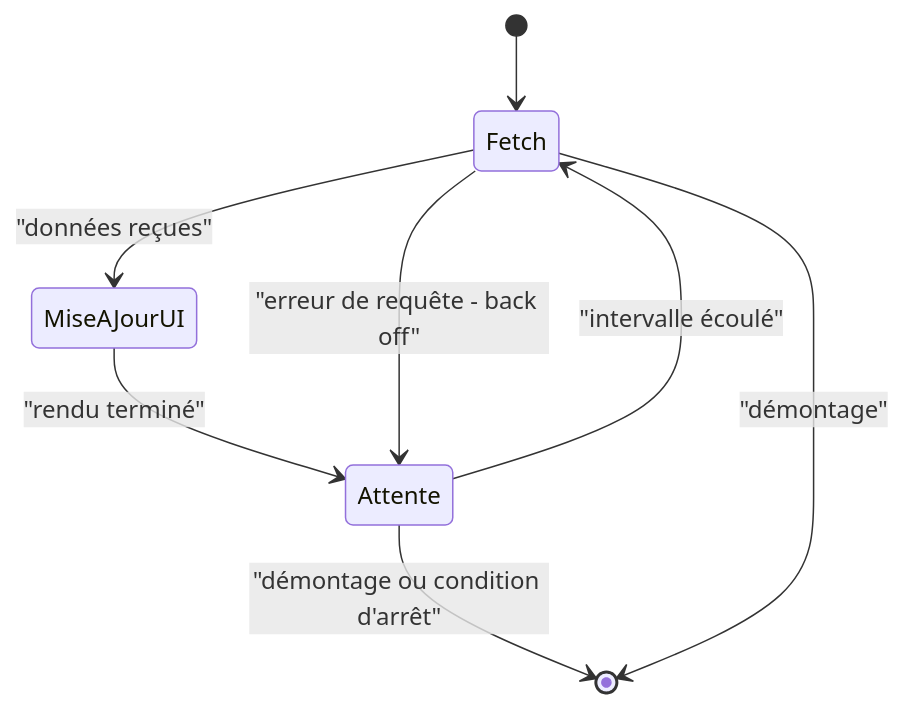
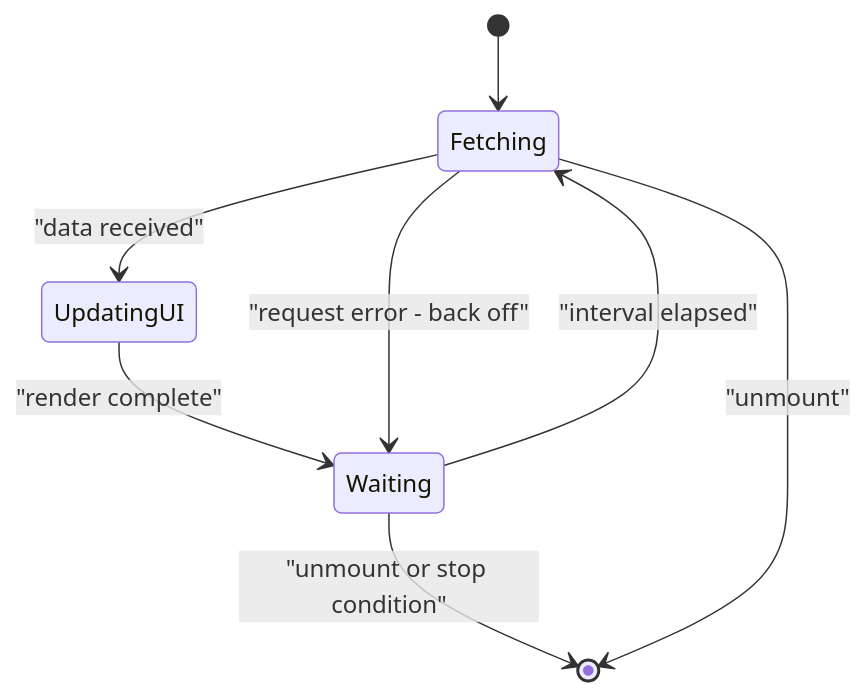
One commit to BabaScience/react-guides changed the fifth of 6 diagrams in arguments/chapters/fr/07-data-fetching.md. Above: the diagram before and after it, drawn with Mermaid. The commit also changed other lines of this file and 29 other files, not shown here.

First line of the commit message:
Bring React FR/IT translations to full English parity + theme-safe diagrams

````diff
--- a/arguments/chapters/fr/07-data-fetching.md
+++ b/arguments/chapters/fr/07-data-fetching.md
@@ -309,10 +1651,10 @@
 ```mermaid
 stateDiagram-v2
-    [*] --> Fetch
-    Fetch --> MiseAJourUI: "données reçues"
-    MiseAJourUI --> Attente: "rendu terminé"
-    Attente --> Fetch: "intervalle écoulé"
-    Attente --> [*]: "démontage ou condition d'arrêt"
-    Fetch --> [*]: "démontage"
-    Fetch --> Attente: "erreur de requête - back off"
+    [*] --> Fetching
+    Fetching --> UpdatingUI: "data received"
+    UpdatingUI --> Waiting: "render complete"
+    Waiting --> Fetching: "interval elapsed"
+    Waiting --> [*]: "unmount or stop condition"
+    Fetching --> [*]: "unmount"
+    Fetching --> Waiting: "request error - back off"
 ```
````
